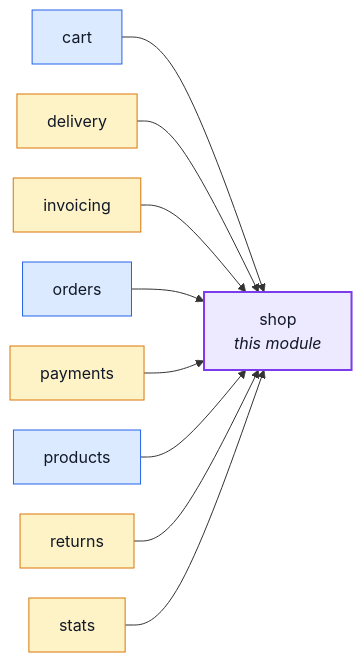
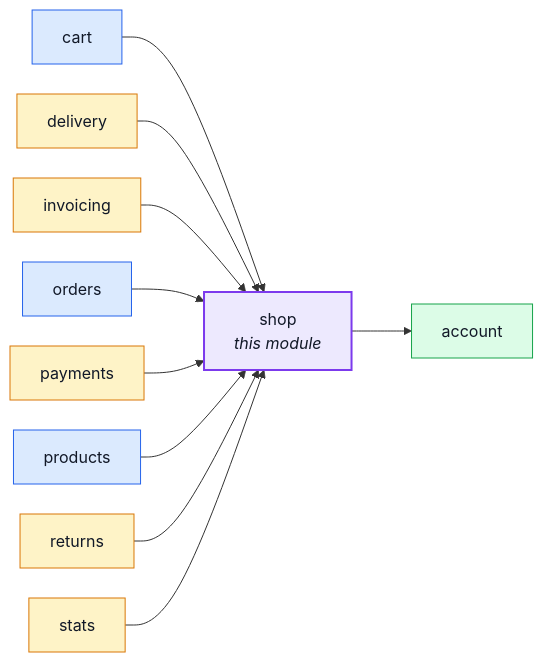
One commit to Guebbit/boilerplate-node-backend changed the diagram in docs/modules/shop.md. Above: the diagram before and after it, drawn with Mermaid. The commit also changed other lines of this file and 16 other files, not shown here.

````diff
--- a/docs/modules/shop.md
+++ b/docs/modules/shop.md
@@ -21,30 +22,33 @@
 ```mermaid
 %%{init: {'flowchart': {'nodeSpacing': 30, 'rankSpacing': 60}}}%%
 flowchart LR
     shop["shop<br/><i>this module</i>"]
+    account["account"]
     cart["cart"]
     delivery["delivery"]
     invoicing["invoicing"]
     orders["orders"]
     payments["payments"]
     products["products"]
     returns["returns"]
     stats["stats"]
 
     cart --> shop
     delivery --> shop
     invoicing --> shop
     orders --> shop
     payments --> shop
     products --> shop
     returns --> shop
     stats --> shop
+    shop --> account
 
     classDef core fill:#dbeafe,stroke:#2563eb,color:#111827;
     classDef supporting fill:#fef3c7,stroke:#d97706,color:#111827;
     classDef generic fill:#dcfce7,stroke:#16a34a,color:#111827;
     classDef centre fill:#ede9fe,stroke:#7c3aed,stroke-width:2px,color:#111827;
     class cart,orders,products core;
     class delivery,invoicing,payments,returns,stats supporting;
+    class account generic;
     class shop centre;
 ```
````
